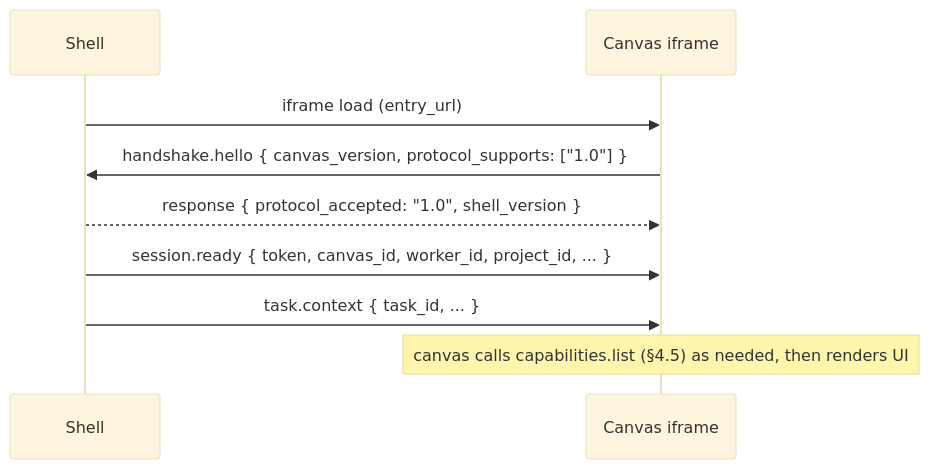
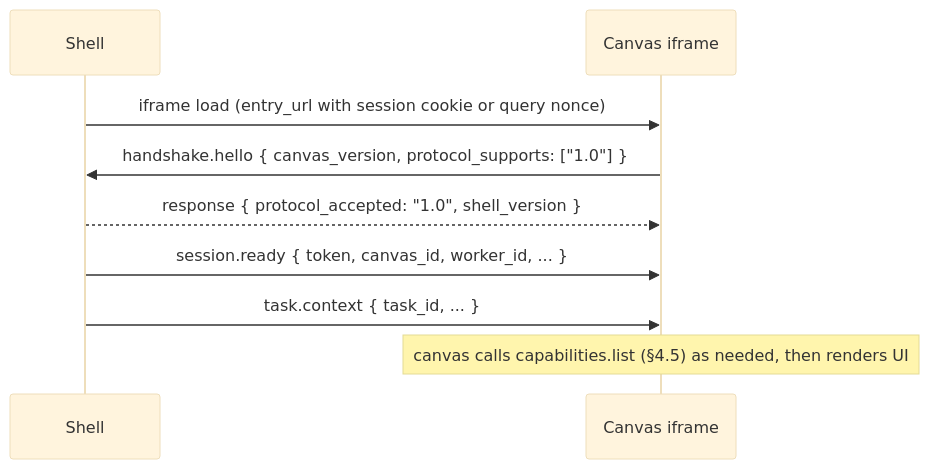
Before and after one commit to ashutosh-turing/turing-platform-design-doc: the third of 5 diagrams in AGIOS_PLATFORM/CANVAS_SDK.md, drawn with Mermaid (base theme). The commit also changed other lines of this file and 6 other files, not shown here.

````diff
--- a/AGIOS_PLATFORM/CANVAS_SDK.md
+++ b/AGIOS_PLATFORM/CANVAS_SDK.md
@@ -272,12 +292,12 @@
 ```mermaid
 sequenceDiagram
     participant Shell
     participant Canvas as Canvas iframe
 
-    Shell->>Canvas: iframe load (entry_url)
+    Shell->>Canvas: iframe load (entry_url with session cookie or query nonce)
     Canvas->>Shell: handshake.hello { canvas_version, protocol_supports: ["1.0"] }
     Shell-->>Canvas: response { protocol_accepted: "1.0", shell_version }
-    Shell->>Canvas: session.ready { token, canvas_id, worker_id, project_id, ... }
+    Shell->>Canvas: session.ready { token, canvas_id, worker_id, ... }
     Shell->>Canvas: task.context { task_id, ... }
     Note over Canvas: canvas calls capabilities.list (§4.5) as needed, then renders UI
 ```
````
